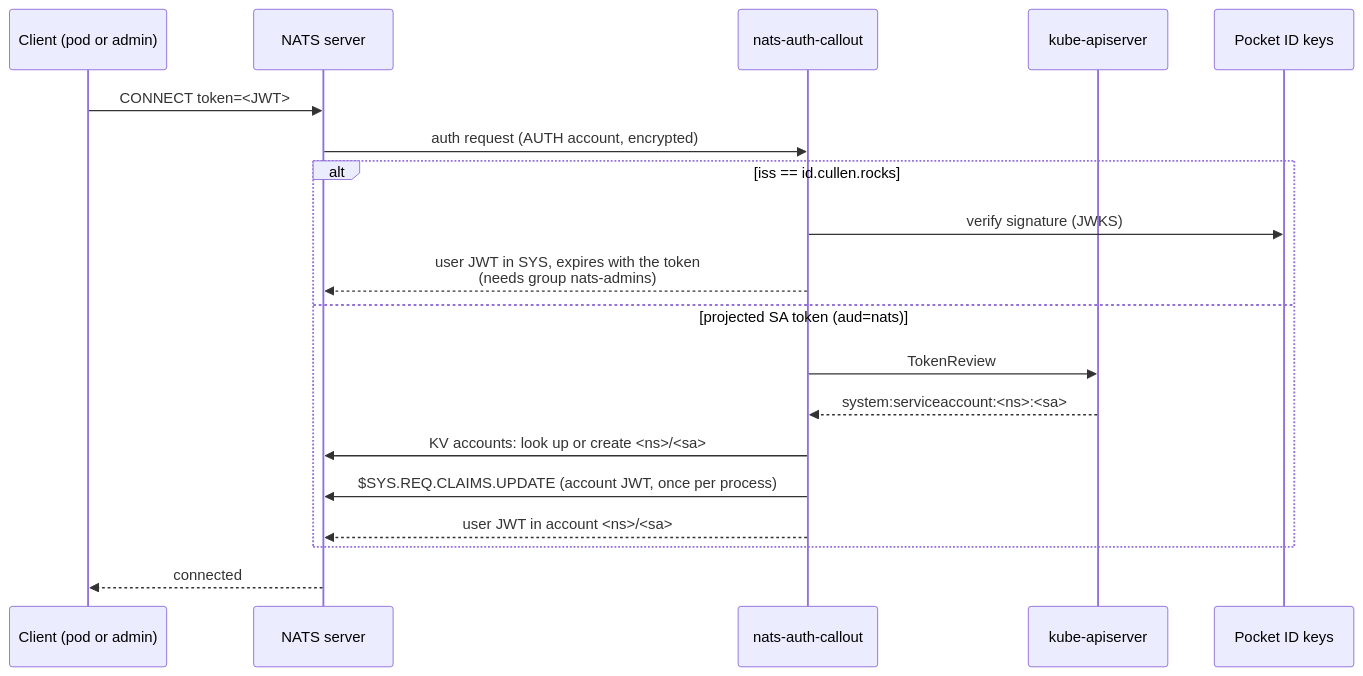
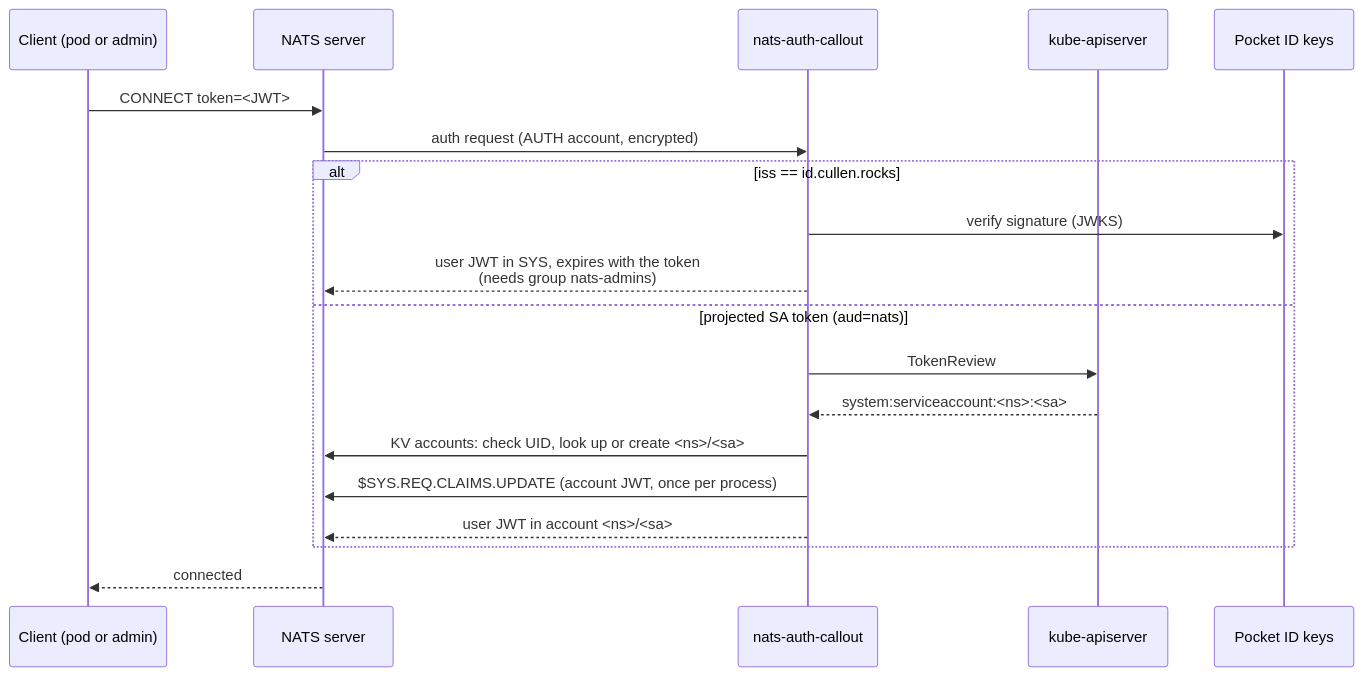
One commit to cullenmcdermott/nats-auth-callout changed the diagram in README.md. Above: the diagram before and after it, drawn with Mermaid. The commit also changed other lines of this file and 16 other files, not shown here.

````diff
--- a/README.md
+++ b/README.md
@@ -7,22 +7,22 @@
 ```mermaid
 sequenceDiagram
     participant C as Client (pod or admin)
     participant N as NATS server
     participant A as nats-auth-callout
     participant K as kube-apiserver
     participant P as Pocket ID keys
 
     C->>N: CONNECT token=<JWT>
     N->>A: auth request (AUTH account, encrypted)
     alt iss == id.cullen.rocks
         A->>P: verify signature (JWKS)
         A-->>N: user JWT in SYS, expires with the token<br/>(needs group nats-admins)
     else projected SA token (aud=nats)
         A->>K: TokenReview
         K-->>A: system:serviceaccount:<ns>:<sa>
-        A->>N: KV accounts: look up or create <ns>/<sa>
+        A->>N: KV accounts: check UID, look up or create <ns>/<sa>
         A->>N: $SYS.REQ.CLAIMS.UPDATE (account JWT, once per process)
         A-->>N: user JWT in account <ns>/<sa>
     end
     N-->>C: connected
 ```
````
